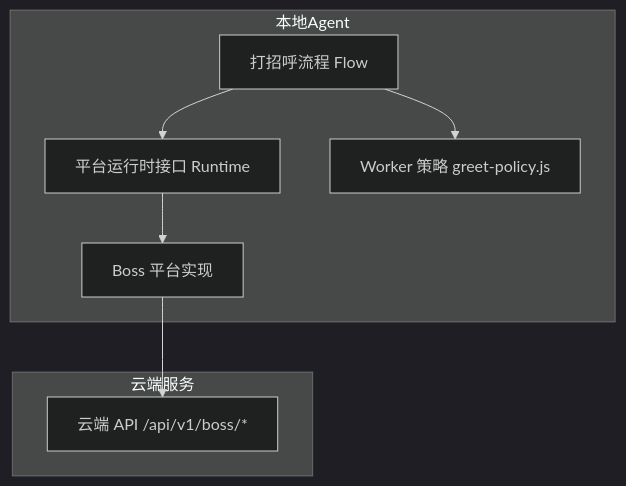
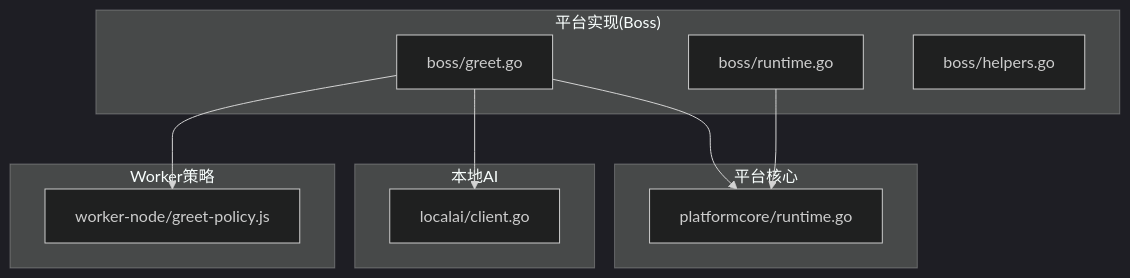
The first of 7 diagrams in .qoder/repowiki/zh/content/本地执行器/平台适配器/Boss直聘适配器/自动问候系统.md (alvinwangzi/goodhr), drawn with Mermaid (dark theme) before and after one commit. The commit also changed other lines of this file and 149 other files, not shown here.

````diff
--- a/.qoder/repowiki/zh/content/本地执行器/平台适配器/Boss直聘适配器/自动问候系统.md
+++ b/.qoder/repowiki/zh/content/本地执行器/平台适配器/Boss直聘适配器/自动问候系统.md
@@ -38,16 +43,21 @@
 ```mermaid
 graph TB
-subgraph "本地Agent"
-F["打招呼流程 Flow"]
-P["平台运行时接口 Runtime"]
-B["Boss 平台实现"]
-W["Worker 策略 greet-policy.js"]
+subgraph "平台实现(Boss)"
+BG["boss/greet.go"]
+BR["boss/runtime.go"]
+BH["boss/helpers.go"]
 end
-subgraph "云端服务"
-C["云端 API /api/v1/boss/*"]
+subgraph "平台核心"
+PC["platformcore/runtime.go"]
 end
-F --> P
-P --> B
-B --> C
-F --> W
+subgraph "本地AI"
+LAI["localai/client.go"]
+end
+subgraph "Worker策略"
+GP["worker-node/greet-policy.js"]
+end
+BG --> PC
+BR --> PC
+BG --> LAI
+BG --> GP
 ```
````
